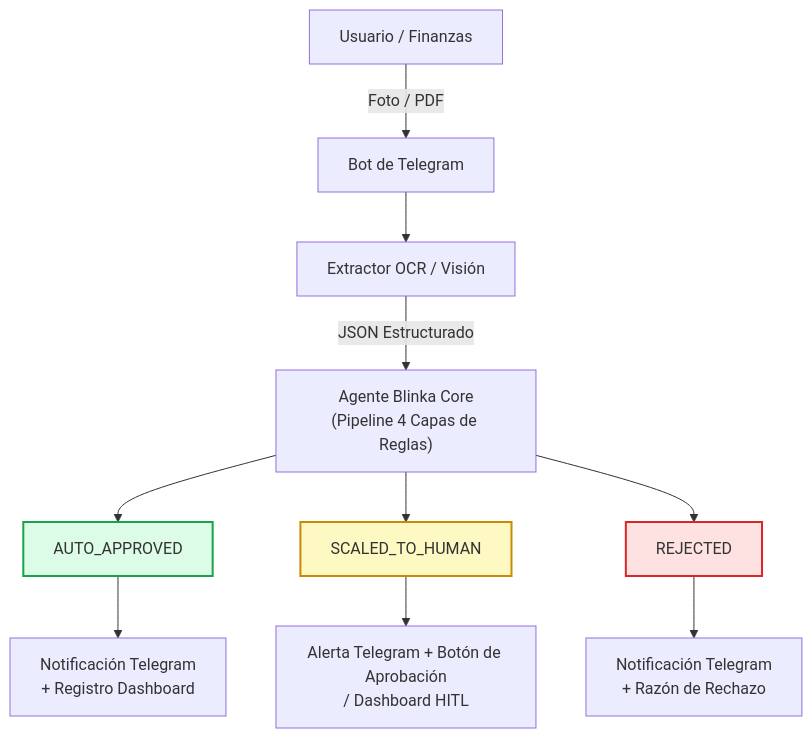
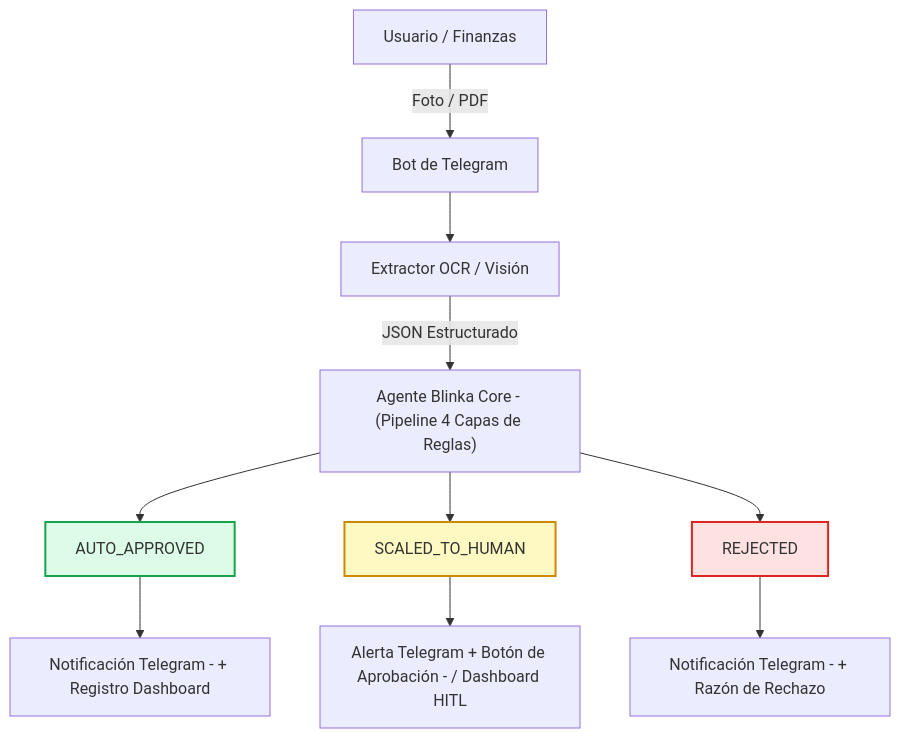
The diagram in docs/especificaciones/especificacion_solucion.md (Oriojas/30X_404_team), drawn with Mermaid before and after one commit. The commit also changed 6 other files, not shown here.

First line of the commit message:
fix: corregir sintaxis de diagramas mermaid y eliminar etiquetas html visibles

````diff
--- a/docs/especificaciones/especificacion_solucion.md
+++ b/docs/especificaciones/especificacion_solucion.md
@@ -8,18 +8,18 @@
 ```mermaid
 flowchart TD
     User["Usuario / Finanzas"] -->|"Foto / PDF"| Telegram["Bot de Telegram"]
     Telegram --> OCR["Extractor OCR / Visión"]
-    OCR -->|"JSON Estructurado"| Core["Agente Blinka Core<br/>(Pipeline 4 Capas de Reglas)"]
+    OCR -->|"JSON Estructurado"| Core["Agente Blinka Core - (Pipeline 4 Capas de Reglas)"]
 
     Core --> Approved["AUTO_APPROVED"]
     Core --> Scaled["SCALED_TO_HUMAN"]
     Core --> Rejected["REJECTED"]
 
-    Approved --> ActApproved["Notificación Telegram<br/>+ Registro Dashboard"]
-    Scaled --> ActScaled["Alerta Telegram + Botón de Aprobación<br/>/ Dashboard HITL"]
-    Rejected --> ActRejected["Notificación Telegram<br/>+ Razón de Rechazo"]
+    Approved --> ActApproved["Notificación Telegram - + Registro Dashboard"]
+    Scaled --> ActScaled["Alerta Telegram + Botón de Aprobación - / Dashboard HITL"]
+    Rejected --> ActRejected["Notificación Telegram - + Razón de Rechazo"]
 
     style Approved fill:#dcfce7,stroke:#16a34a,stroke-width:2px
     style Scaled fill:#fef9c3,stroke:#ca8a04,stroke-width:2px
     style Rejected fill:#fee2e2,stroke:#dc2626,stroke-width:2px
 ```
````
